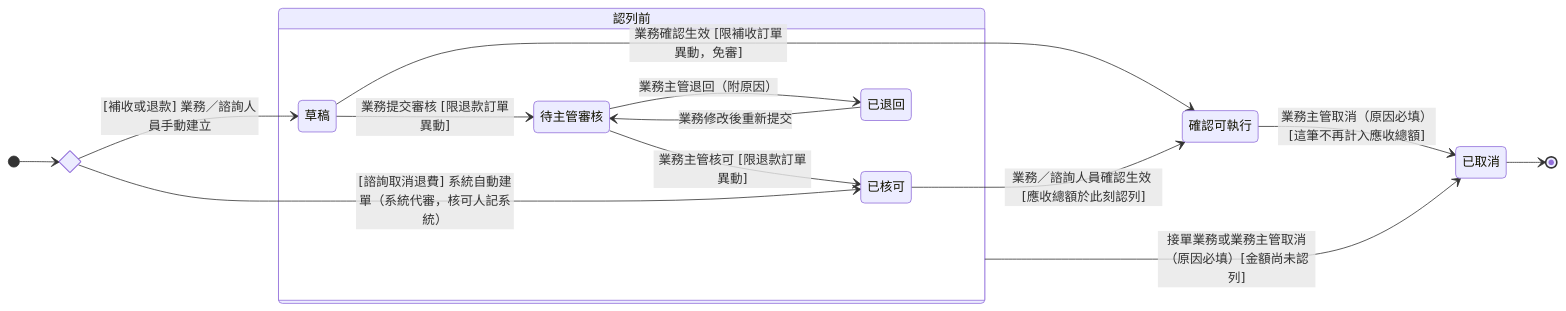
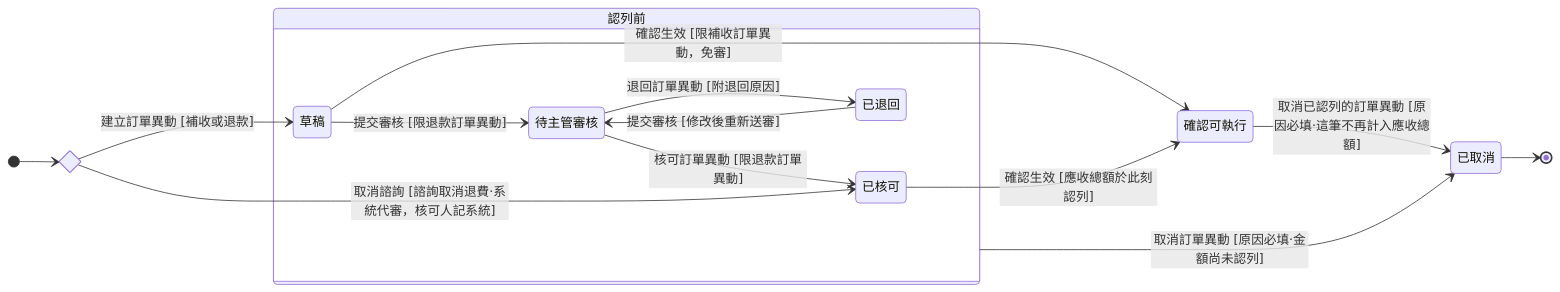
Before and after one commit to Kawato-Miles/erp-spec: the diagram in memory/Sens_wiki/wiki/erp/06-state-machines/訂單異動狀態.md, drawn with Mermaid. The commit also changed other lines of this file and 37 other files, not shown here.

````diff
--- a/memory/Sens_wiki/wiki/erp/06-state-machines/訂單異動狀態.md
+++ b/memory/Sens_wiki/wiki/erp/06-state-machines/訂單異動狀態.md
@@ -38,33 +40,33 @@
 ```mermaid
 stateDiagram-v2
     direction LR
 
     state c_create <<choice>>
     [*] --> c_create
 
     state "認列前" as g_pre {
         state "草稿" as s_draft
         state "待主管審核" as s_pending
         state "已核可" as s_approved
         state "已退回" as s_returned
 
-        s_draft --> s_pending : 業務提交審核 [限退款訂單異動]
-        s_pending --> s_approved : 業務主管核可 [限退款訂單異動]
-        s_pending --> s_returned : 業務主管退回（附原因）
-        s_returned --> s_pending : 業務修改後重新提交
+        s_draft --> s_pending : 提交審核 [限退款訂單異動]
+        s_pending --> s_approved : 核可訂單異動 [限退款訂單異動]
+        s_pending --> s_returned : 退回訂單異動 [附退回原因]
+        s_returned --> s_pending : 提交審核 [修改後重新送審]
     }
 
     state "確認可執行" as s_executed
     state "已取消" as s_cancelled
 
-    c_create --> s_draft : [補收或退款] 業務／諮詢人員手動建立
-    c_create --> s_approved : [諮詢取消退費] 系統自動建單（系統代審，核可人記系統）
+    c_create --> s_draft : 建立訂單異動 [補收或退款]
+    c_create --> s_approved : 取消諮詢 [諮詢取消退費·系統代審，核可人記系統]
 
-    s_draft --> s_executed : 業務確認生效 [限補收訂單異動，免審]
-    s_approved --> s_executed : 業務／諮詢人員確認生效 [應收總額於此刻認列]
+    s_draft --> s_executed : 確認生效 [限補收訂單異動，免審]
+    s_approved --> s_executed : 確認生效 [應收總額於此刻認列]
 
-    g_pre --> s_cancelled : 接單業務或業務主管取消（原因必填）[金額尚未認列]
-    s_executed --> s_cancelled : 業務主管取消（原因必填）[這筆不再計入應收總額]
+    g_pre --> s_cancelled : 取消訂單異動 [原因必填·金額尚未認列]
+    s_executed --> s_cancelled : 取消已認列的訂單異動 [原因必填·這筆不再計入應收總額]
 
     s_cancelled --> [*]
 ```
````
